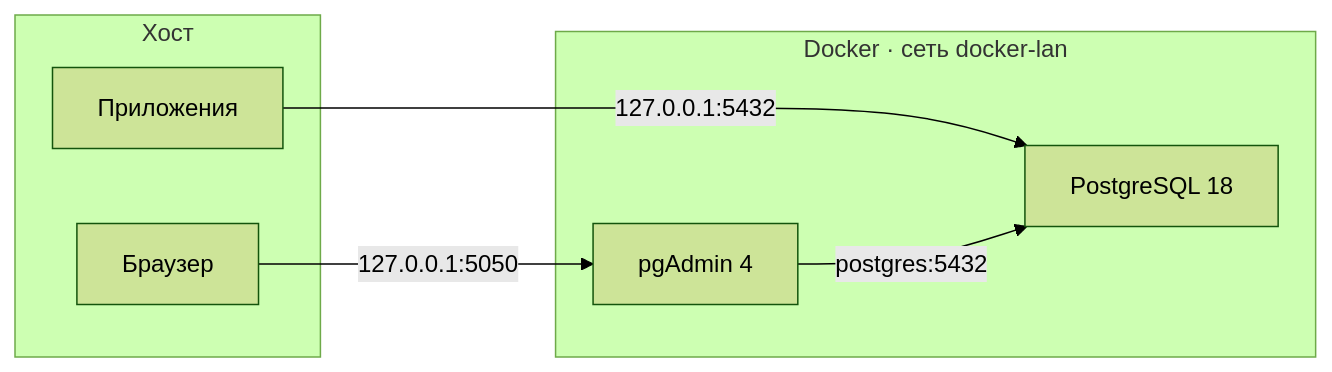
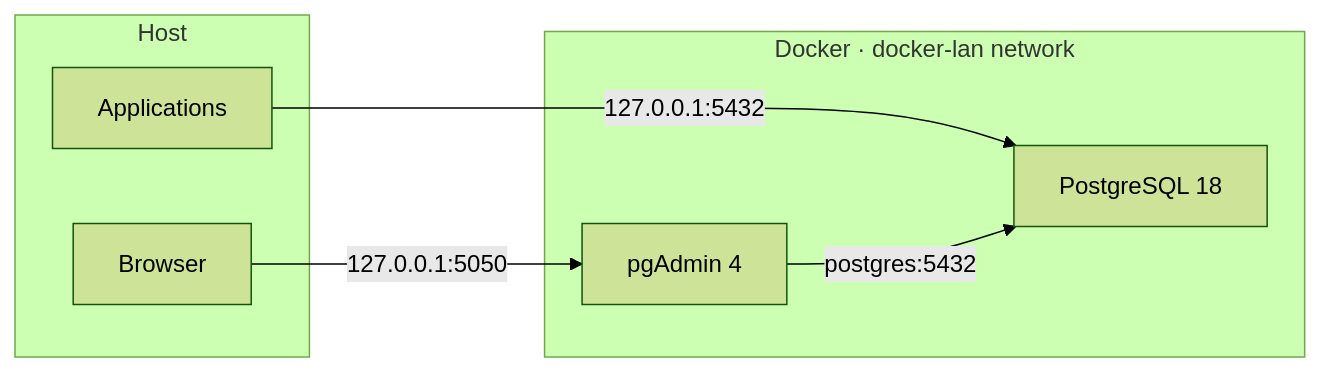
The diagram in README.md (iSmartyPRO/docker-postgres), drawn with Mermaid (forest theme) before and after one commit. The commit also changed other lines of this file and 2 other files, not shown here.

````diff
--- a/README.md
+++ b/README.md
@@ -31,16 +31,16 @@
 ```mermaid
 flowchart LR
-    subgraph host["Хост"]
-        App["Приложения"]
-        Browser["Браузер"]
+    subgraph host["Host"]
+        App["Applications"]
+        Browser["Browser"]
     end
 
-    subgraph docker["Docker · сеть docker-lan"]
+    subgraph docker["Docker · docker-lan network"]
         PG["PostgreSQL 18"]
         PGA["pgAdmin 4"]
     end
 
     App -->|"127.0.0.1:5432"| PG
     Browser -->|"127.0.0.1:5050"| PGA
     PGA -->|"postgres:5432"| PG
 ```
````
